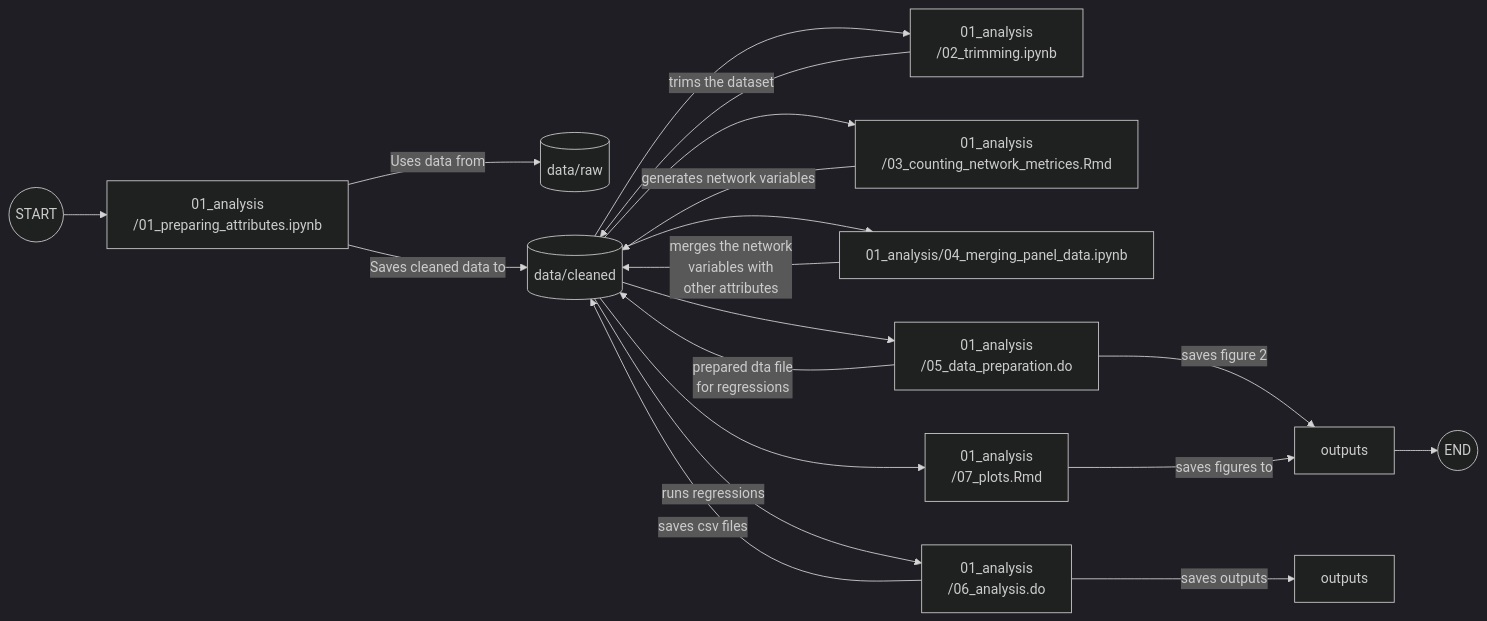
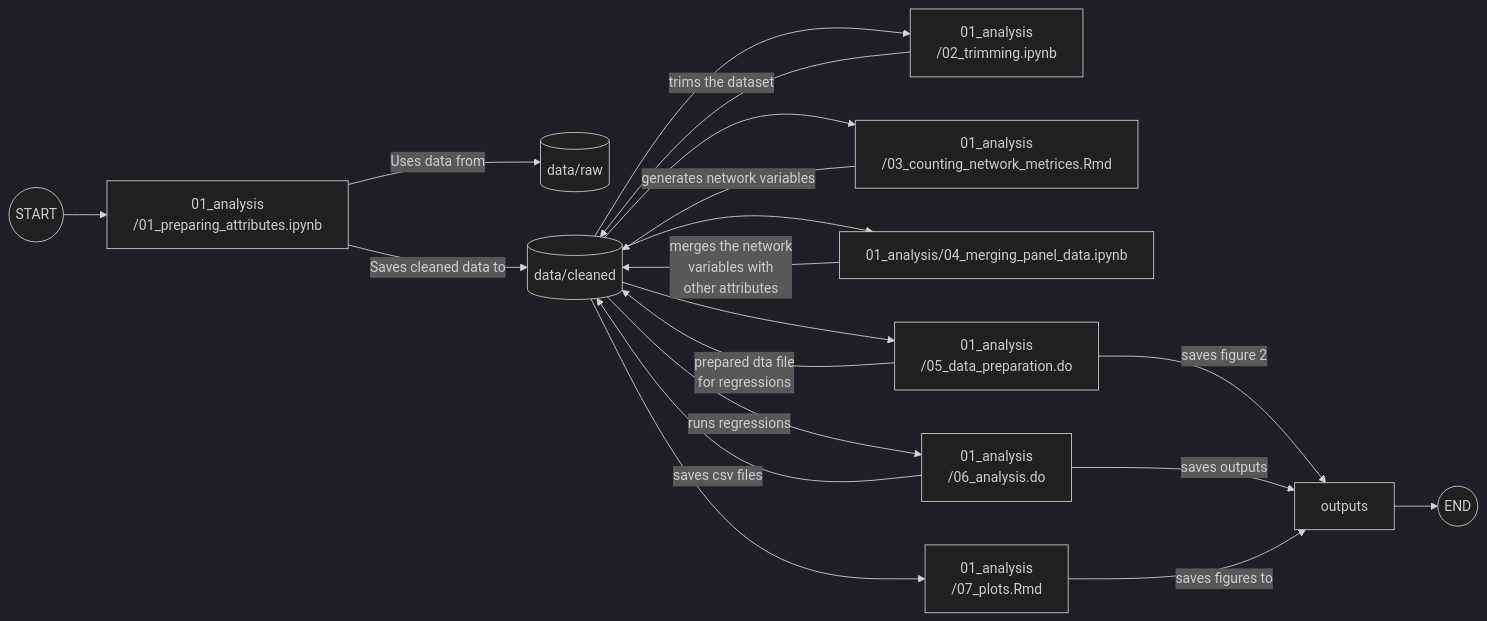
Before and after one commit to TAD600/Population_Migration_Network: the diagram in README.md, drawn with Mermaid (dark theme).

Commit message:
Fix output reference in README flowchart

````diff
--- a/README.md
+++ b/README.md
@@ -13,21 +13,21 @@
 ```mermaid
 flowchart LR
     A((START)) --> B[01_analysis\n/01_preparing_attributes.ipynb]
     B --> |Uses data from| C[(data/raw)]
     B --> |Saves cleaned data to| D[(data/cleaned)]
     D --> E[01_analysis\n/02_trimming.ipynb]
     E --> |trims the dataset|D
     D --> F[01_analysis\n/03_counting_network_metrices.Rmd]
     F --> |generates network variables|D
     D --> G[01_analysis/04_merging_panel_data.ipynb]
     G --> |merges the network\n variables with\n other attributes|D
     D --> H[01_analysis\n/05_data_preparation.do]
     H --> |prepared dta file\n for regressions|D
     H --> |saves figure 2|I[outputs]
     D --> |runs regressions|J[01_analysis\n/06_analysis.do]
-    J -->|saves outputs|K[outputs]
+    J -->|saves outputs|I[outputs]
     J --> |saves csv files|D
     D --> L[01_analysis\n/07_plots.Rmd]
     L --> |saves figures to|I
     I --> M((END))
 ```
````
